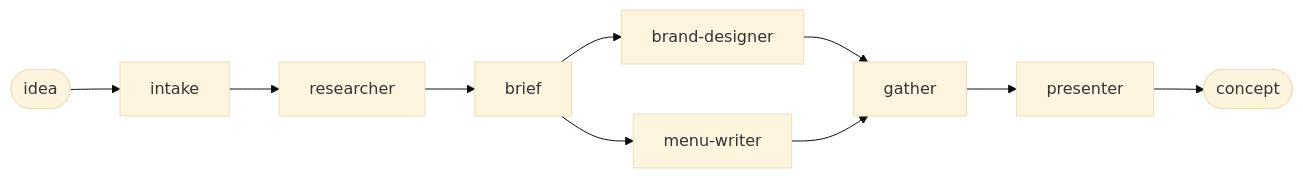
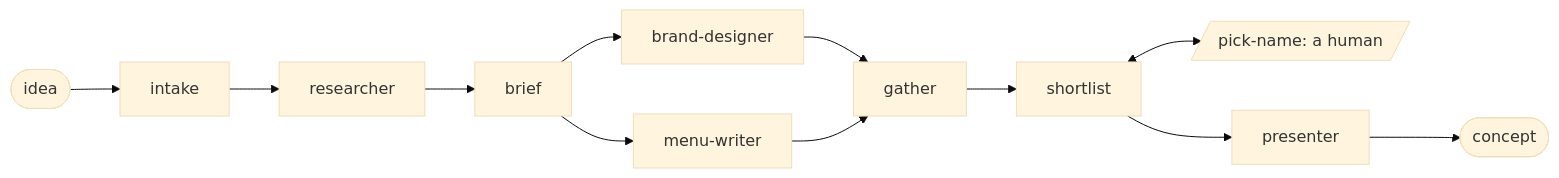
The first of 2 diagrams in README.md (MatthijsvdVeer/mam), drawn with Mermaid (base theme) before and after one commit. The commit also changed other lines of this file and 14 other files, not shown here.

First line of the commit message:
✨ Make the workflow demo stage-ready: live board and human name pick (#4)

````diff
--- a/README.md
+++ b/README.md
@@ -45,6 +45,8 @@
 ```mermaid
 flowchart LR
     idea([idea]) --> intake --> researcher --> brief
     brief --> brand-designer & menu-writer
-    brand-designer & menu-writer --> gather --> presenter --> concept([concept])
+    brand-designer & menu-writer --> gather --> shortlist
+    shortlist <--> pick-name[/pick-name: a human/]
+    shortlist --> presenter --> concept([concept])
 ```
````
